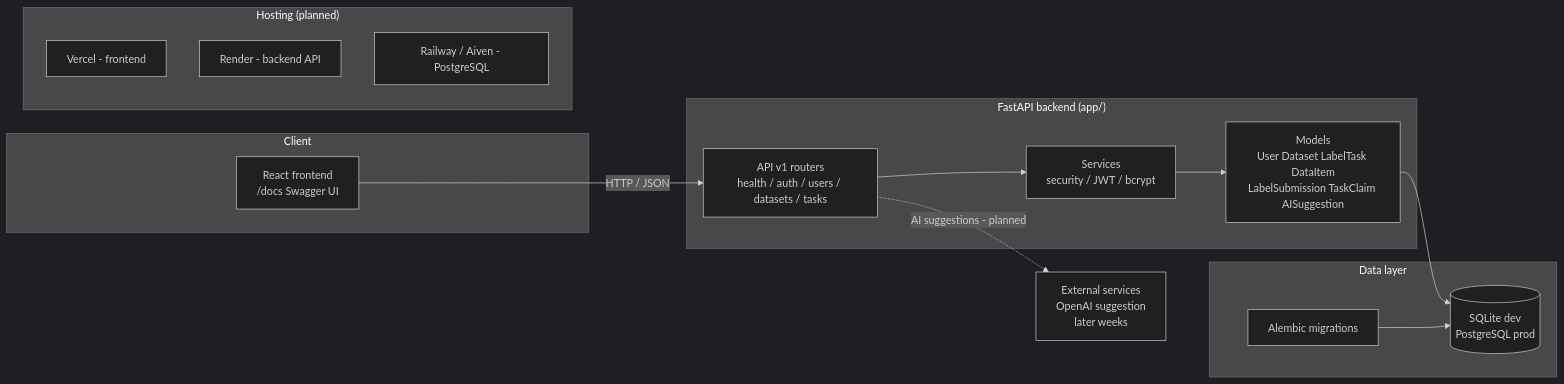
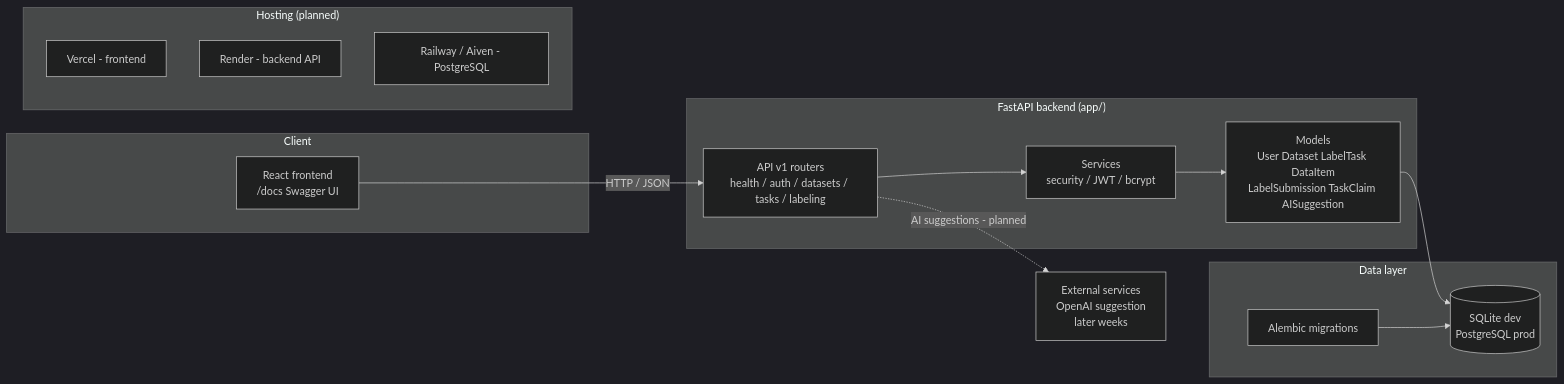
One commit to Unknown420-alt/ai-dataset-labeling-marketplace changed the diagram in docs/diagrams/architecture.md. Above: the diagram before and after it, drawn with Mermaid (dark theme).

Commit message:
docs(diagram): drop removed users router from architecture

````diff
--- a/docs/diagrams/architecture.md
+++ b/docs/diagrams/architecture.md
@@ -3,32 +3,32 @@
 ```mermaid
 flowchart LR
     subgraph Client
         UI[React frontend<br/>/docs Swagger UI]
     end
 
     subgraph Backend["FastAPI backend (app/)"]
-        API[API v1 routers<br/>health / auth / users / datasets / tasks]
+        API[API v1 routers<br/>health / auth / datasets / tasks / labeling]
         SVC[Services<br/>security / JWT / bcrypt]
         MOD[Models<br/>User Dataset LabelTask DataItem<br/>LabelSubmission TaskClaim AISuggestion]
     end
 
     subgraph Data["Data layer"]
         DB[(SQLite dev<br/>PostgreSQL prod)]
         MIG[Alembic migrations]
     end
 
     EXT[External services<br/>OpenAI suggestion<br/>later weeks]
 
     UI -->|HTTP / JSON| API
     API --> SVC
     SVC --> MOD
     MOD --> DB
     MIG --> DB
     API -.->|AI suggestions - planned| EXT
 
     subgraph Hosting["Hosting (planned)"]
         FE_HOST[Vercel - frontend]
         BE_HOST[Render - backend API]
         DB_HOST[Railway / Aiven - PostgreSQL]
     end
 ```
````
